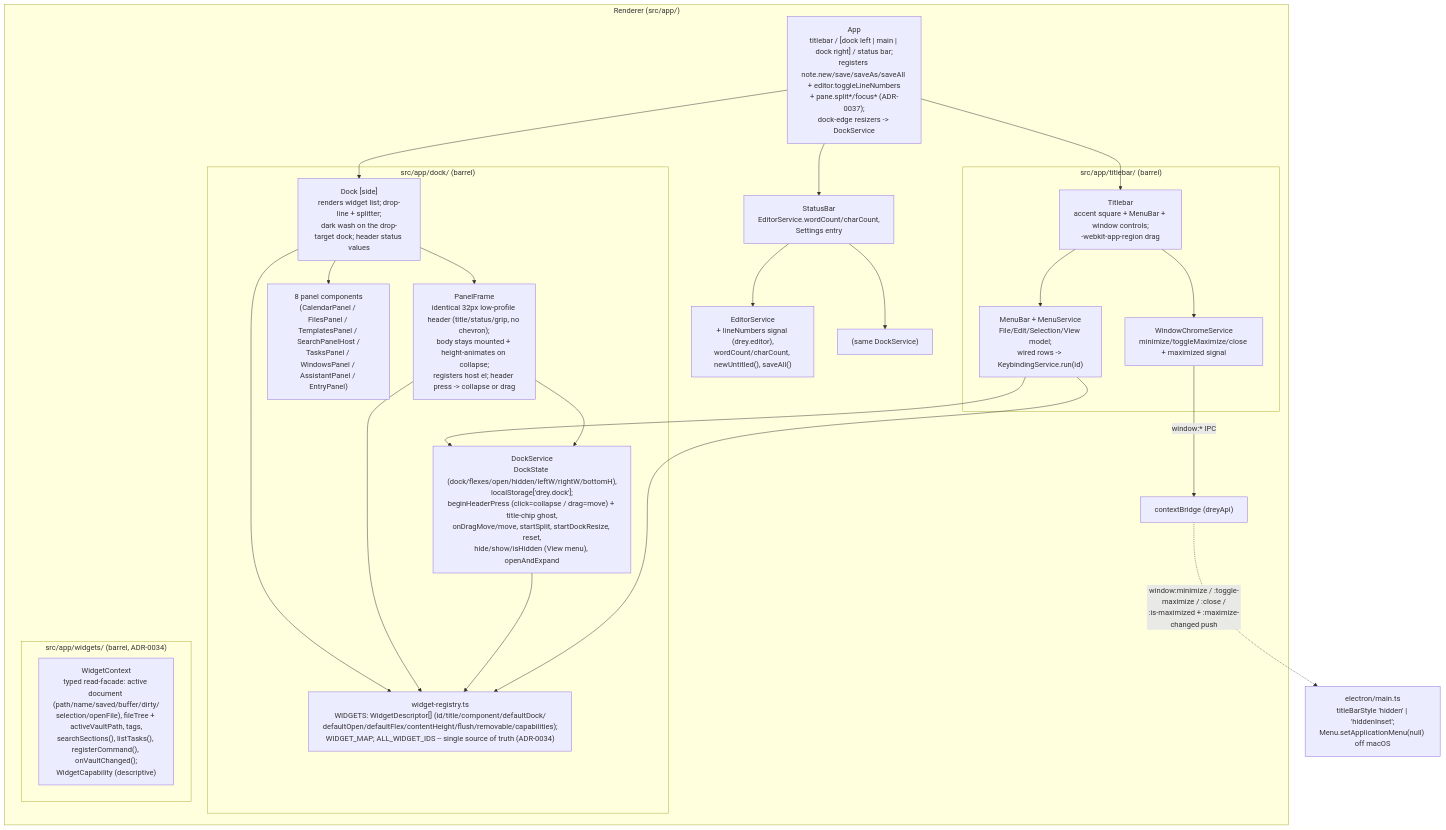
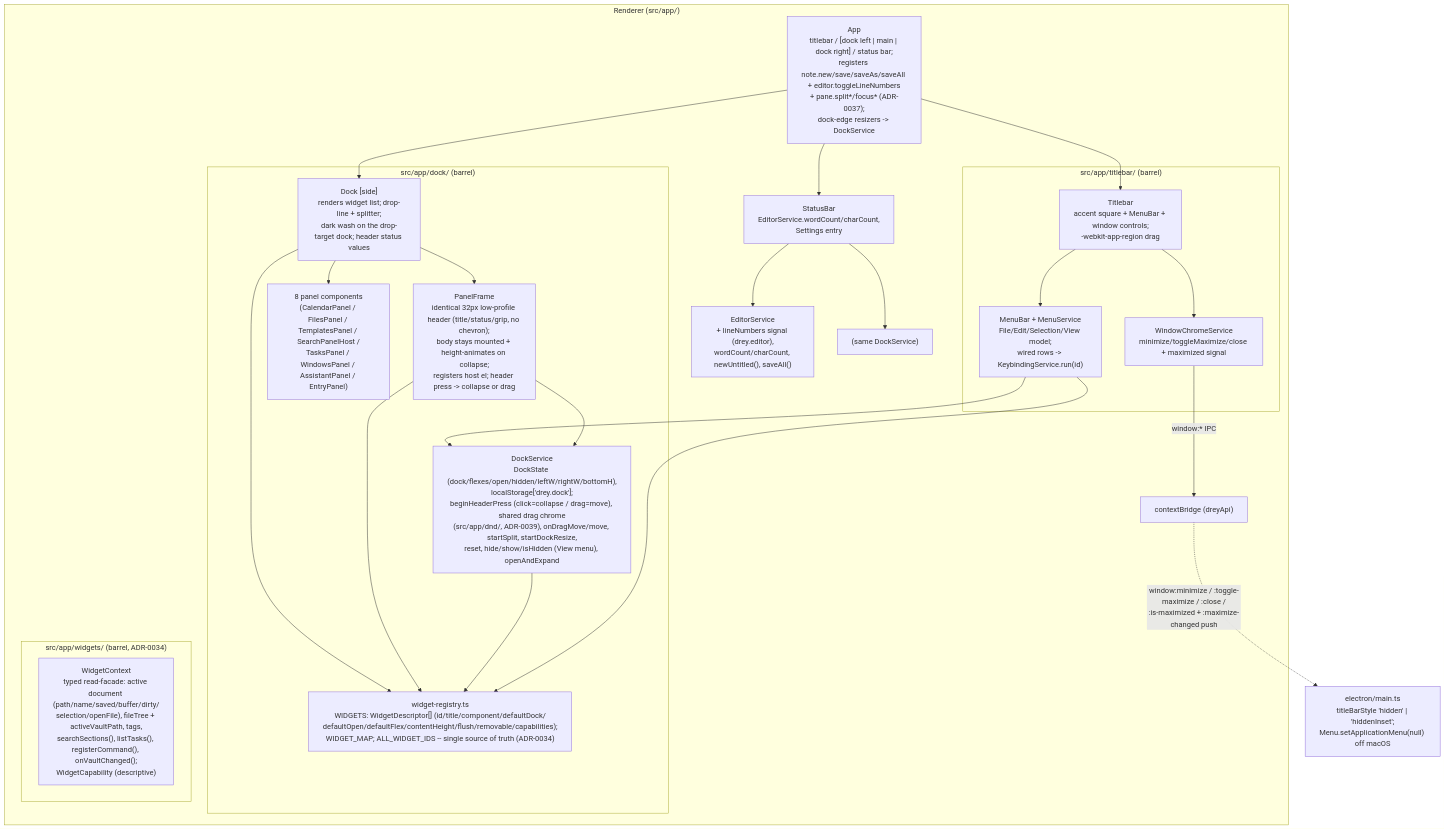
The third of 3 diagrams in docs/05_building_block_view.md (HenrikPuls/Drey), drawn with Mermaid before and after one commit. The commit also changed other lines of this file and 17 other files, not shown here.

First line of the commit message:
dnd: real drag-and-drop for editor tabs + shared drag chrome (ADR-0039)

````diff
--- a/docs/05_building_block_view.md
+++ b/docs/05_building_block_view.md
@@ -1369,42 +1381,42 @@
 ```mermaid
 graph TB
     subgraph Renderer["Renderer (src/app/)"]
         App["App\ntitlebar / [dock left | main | dock right] / status bar;\nregisters note.new/save/saveAs/saveAll + editor.toggleLineNumbers\n+ pane.split*/focus* (ADR-0037);\ndock-edge resizers -> DockService"]
         subgraph tb["src/app/titlebar/ (barrel)"]
             Titlebar["Titlebar\naccent square + MenuBar + window controls;\n-webkit-app-region drag"]
             MenuBar["MenuBar + MenuService\nFile/Edit/Selection/View model;\nwired rows -> KeybindingService.run(id)"]
             WindowChrome["WindowChromeService\nminimize/toggleMaximize/close + maximized signal"]
         end
         subgraph dk["src/app/dock/ (barrel)"]
-            DockService["DockService\nDockState (dock/flexes/open/hidden/leftW/rightW/bottomH),\nlocalStorage['drey.dock'];\nbeginHeaderPress (click=collapse / drag=move) + title-chip ghost,\nonDragMove/move, startSplit, startDockResize, reset,\nhide/show/isHidden (View menu), openAndExpand"]
+            DockService["DockService\nDockState (dock/flexes/open/hidden/leftW/rightW/bottomH),\nlocalStorage['drey.dock'];\nbeginHeaderPress (click=collapse / drag=move), shared drag chrome\n(src/app/dnd/, ADR-0039), onDragMove/move, startSplit, startDockResize,\nreset, hide/show/isHidden (View menu), openAndExpand"]
             Dock["Dock [side]\nrenders widget list; drop-line + splitter;\ndark wash on the drop-target dock; header status values"]
             PanelFrame["PanelFrame\nidentical 32px low-profile header (title/status/grip, no chevron);\nbody stays mounted + height-animates on collapse;\nregisters host el; header press -> collapse or drag"]
             WidgetRegistry["widget-registry.ts\nWIDGETS: WidgetDescriptor[] (id/title/component/defaultDock/\ndefaultOpen/defaultFlex/contentHeight/flush/removable/capabilities);\nWIDGET_MAP; ALL_WIDGET_IDS -- single source of truth (ADR-0034)"]
             Panels["8 panel components\n(CalendarPanel / FilesPanel / TemplatesPanel / SearchPanelHost /\nTasksPanel / WindowsPanel / AssistantPanel / EntryPanel)"]
         end
         subgraph wg["src/app/widgets/ (barrel, ADR-0034)"]
             WidgetContext["WidgetContext\ntyped read-facade: active document (path/name/saved/buffer/dirty/\nselection/openFile), fileTree + activeVaultPath, tags,\nsearchSections(), listTasks(), registerCommand(), onVaultChanged();\nWidgetCapability (descriptive)"]
         end
         StatusBar["StatusBar\nEditorService.wordCount/charCount,\nSettings entry"]
         EditorService2["EditorService\n+ lineNumbers signal (drey.editor),\nwordCount/charCount, newUntitled(), saveAll()"]
         DockService2["(same DockService)"]
         App --> Titlebar
         App --> Dock
         App --> StatusBar
         Titlebar --> MenuBar
         Titlebar --> WindowChrome
         MenuBar --> DockService
         Dock --> PanelFrame
         Dock --> Panels
         Dock --> WidgetRegistry
         PanelFrame --> WidgetRegistry
         DockService --> WidgetRegistry
         MenuBar --> WidgetRegistry
         PanelFrame --> DockService
         StatusBar --> DockService2
         StatusBar --> EditorService2
         WindowChrome -->|"window:* IPC"| Bridge3
     end
     Bridge3["contextBridge (dreyApi)"]
     Bridge3 -.->|"window:minimize / :toggle-maximize / :close /\n:is-maximized + :maximize-changed push"| MainProc["electron/main.ts\ntitleBarStyle 'hidden' | 'hiddenInset';\nMenu.setApplicationMenu(null) off macOS"]
 ```
````
